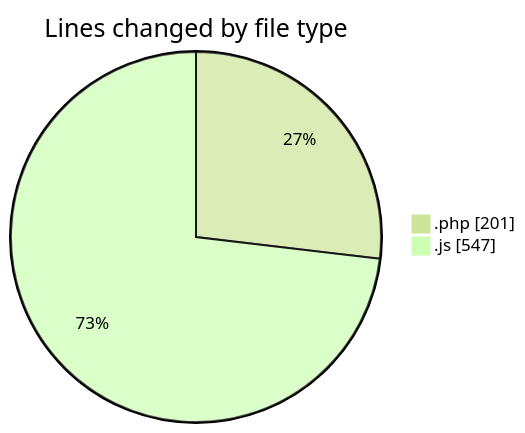
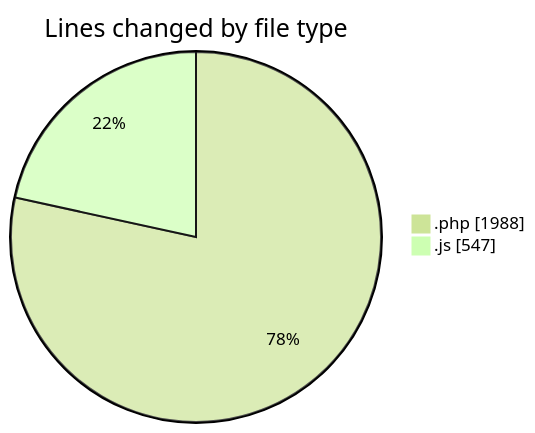
The first of 2 diagrams in 2025-09-29/untitled__workspace_/README.md (debugP/code-tracking), drawn with Mermaid (forest theme) before and after one commit. The commit also changed other lines of this file and 1 other file, not shown here.

````diff
--- a/2025-09-29/untitled__workspace_/README.md
+++ b/2025-09-29/untitled__workspace_/README.md
@@ -21,6 +22,6 @@
 ```mermaid
 pie showData
 title Lines changed by file type
-".php" : 201
+".php" : 1988
 ".js" : 547
 ```
````
